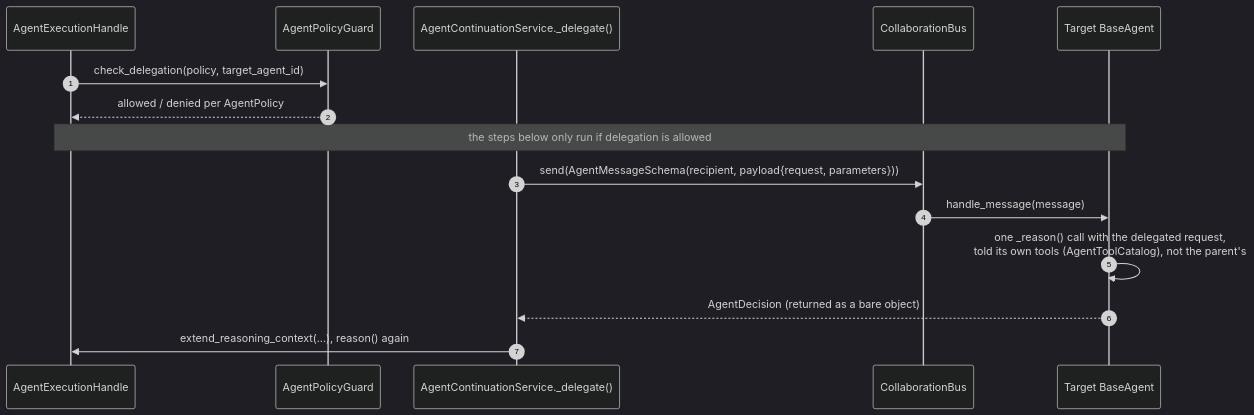
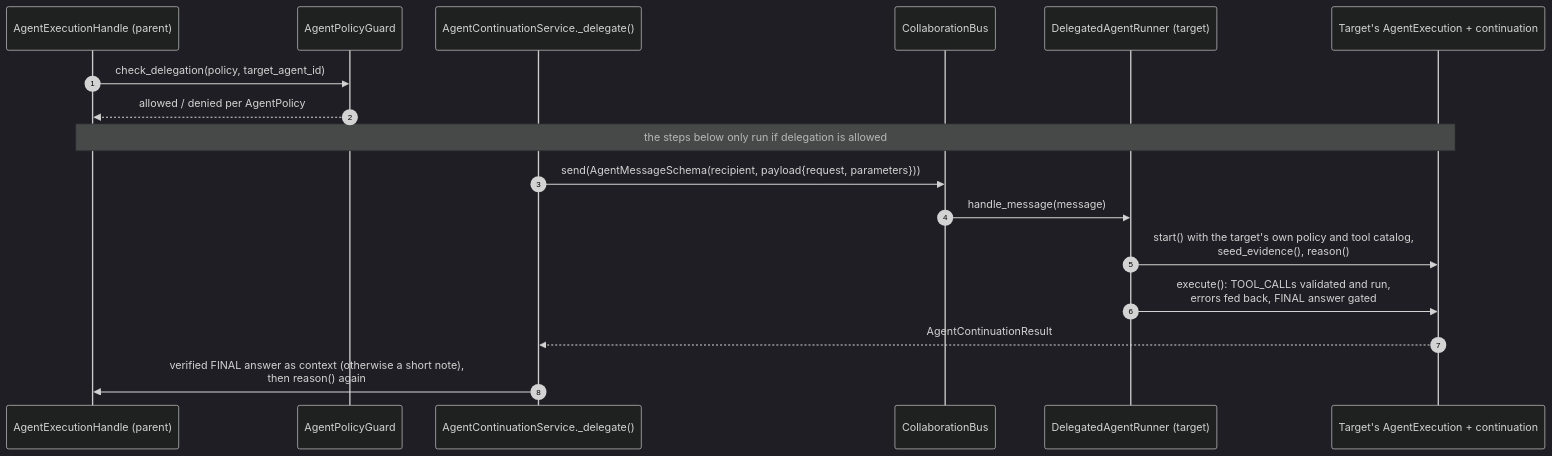
Before and after one commit to bharatkse/juris-ai: the diagram in server/src/agentic/collaboration/README.md, drawn with Mermaid (dark theme). The commit also changed other lines of this file and 3 other files, not shown here.

Commit message:
docs(agentic): describe delegated turns run by DelegatedAgentRunner

````diff
--- a/server/src/agentic/collaboration/README.md
+++ b/server/src/agentic/collaboration/README.md
@@ -19,18 +21,20 @@
 ```mermaid
 sequenceDiagram
     autonumber
-    participant H as AgentExecutionHandle
+    participant H as AgentExecutionHandle (parent)
     participant G as AgentPolicyGuard
     participant C as AgentContinuationService._delegate()
     participant B as CollaborationBus
-    participant T as Target BaseAgent
+    participant R as DelegatedAgentRunner (target)
+    participant T as Target's AgentExecution + continuation
 
     H->>G: check_delegation(policy, target_agent_id)
     G-->>H: allowed / denied per AgentPolicy
     Note over H,T: the steps below only run if delegation is allowed
     C->>B: send(AgentMessageSchema(recipient, payload{request, parameters}))
-    B->>T: handle_message(message)
-    T->>T: one _reason() call with the delegated request,<br/>told its own tools (AgentToolCatalog), not the parent's
-    T-->>C: AgentDecision (returned as a bare object)
-    C->>H: extend_reasoning_context(...), reason() again
+    B->>R: handle_message(message)
+    R->>T: start() with the target's own policy and tool catalog,<br/>seed_evidence(), reason()
+    R->>T: execute(): TOOL_CALLs validated and run,<br/>errors fed back, FINAL answer gated
+    T-->>C: AgentContinuationResult
+    C->>H: verified FINAL answer as context (otherwise a short note),<br/>then reason() again
 ```
````
